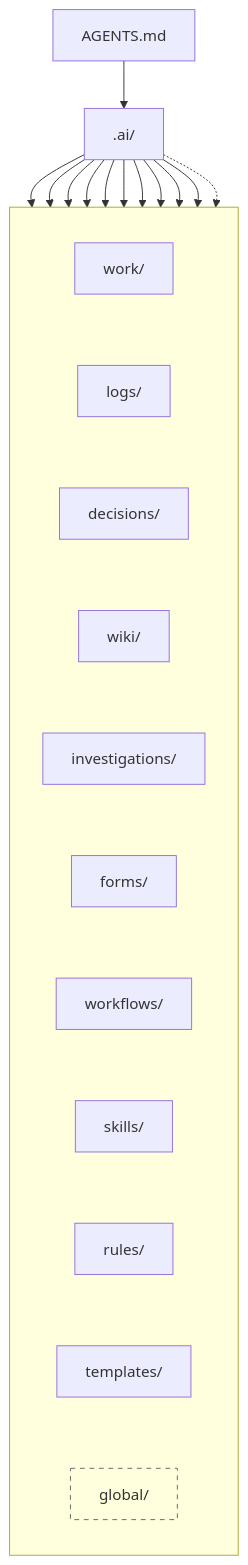
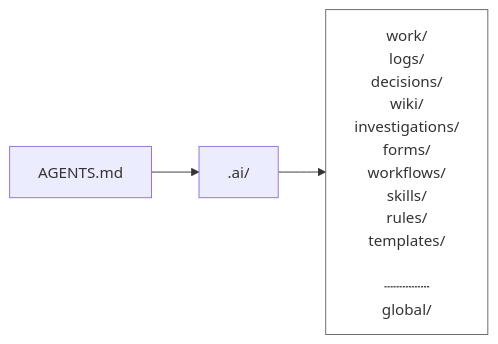
Before and after one commit to marcosrdac/gamk: the first of 2 diagrams in README.md, drawn with Mermaid. The commit also changed other lines of this file and 2 other files, not shown here.

Commit message:
docs: simplify README memory block

````diff
--- a/README.md
+++ b/README.md
@@ -22,34 +22,5 @@
 ```mermaid
-flowchart TD
-    A["AGENTS.md"] --> M[".ai/"]
-
-    subgraph MEMORY[" "]
-        direction TB
-        W["work/"]
-        L["logs/"]
-        D["decisions/"]
-        K["wiki/"]
-        I["investigations/"]
-        F["forms/"]
-        P["workflows/"]
-        S["skills/"]
-        R["rules/"]
-        T["templates/"]
-        G["global/"]
-
-        W ~~~ L ~~~ D ~~~ K ~~~ I ~~~ F ~~~ P ~~~ S ~~~ R ~~~ T ~~~ G
-    end
-
-    M --> W
-    M --> L
-    M --> D
-    M --> K
-    M --> I
-    M --> F
-    M --> P
-    M --> S
-    M --> R
-    M --> T
-    M -.-> G
-    style G fill:transparent,stroke:#666,stroke-dasharray: 5 5
+flowchart LR
+    A["AGENTS.md"] --> M[".ai/"] --> B["work/<br/>logs/<br/>decisions/<br/>wiki/<br/>investigations/<br/>forms/<br/>workflows/<br/>skills/<br/>rules/<br/>templates/<br/><br/>┄┄┄┄┄<br/>global/"]
+    style B fill:transparent,stroke:#666,stroke-width:1px
 ```
````
